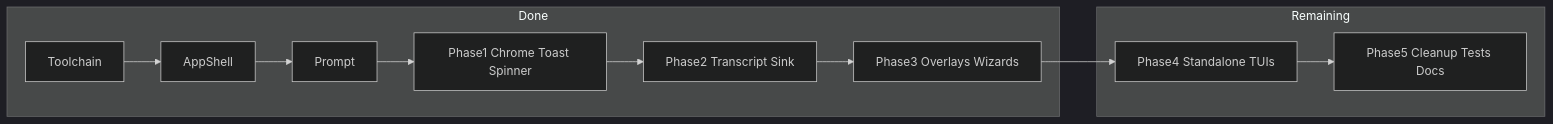
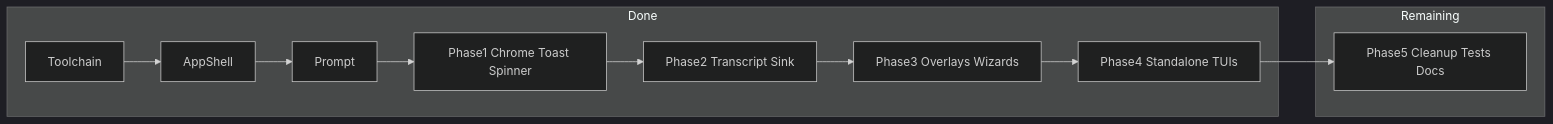
Before and after one commit to amitkumardubey/praana: the diagram in docs/superpowers/specs/2026-08-04-opentui-solid-full-migration.md, drawn with Mermaid (dark theme). The commit also changed other lines of this file and 3 other files, not shown here.

````diff
--- a/docs/superpowers/specs/2026-08-04-opentui-solid-full-migration.md
+++ b/docs/superpowers/specs/2026-08-04-opentui-solid-full-migration.md
@@ -31,16 +30,16 @@
 ```mermaid
 flowchart LR
   subgraph done [Done]
     Toolchain
     AppShell
     Prompt
     P1[Phase1 Chrome Toast Spinner]
     P2[Phase2 Transcript Sink]
     P3[Phase3 Overlays Wizards]
+    P4[Phase4 Standalone TUIs]
   end
   subgraph next [Remaining]
-    P4[Phase4 Standalone TUIs]
     P5[Phase5 Cleanup Tests Docs]
   end
   Toolchain --> AppShell --> Prompt --> P1 --> P2 --> P3 --> P4 --> P5
 ```
````
